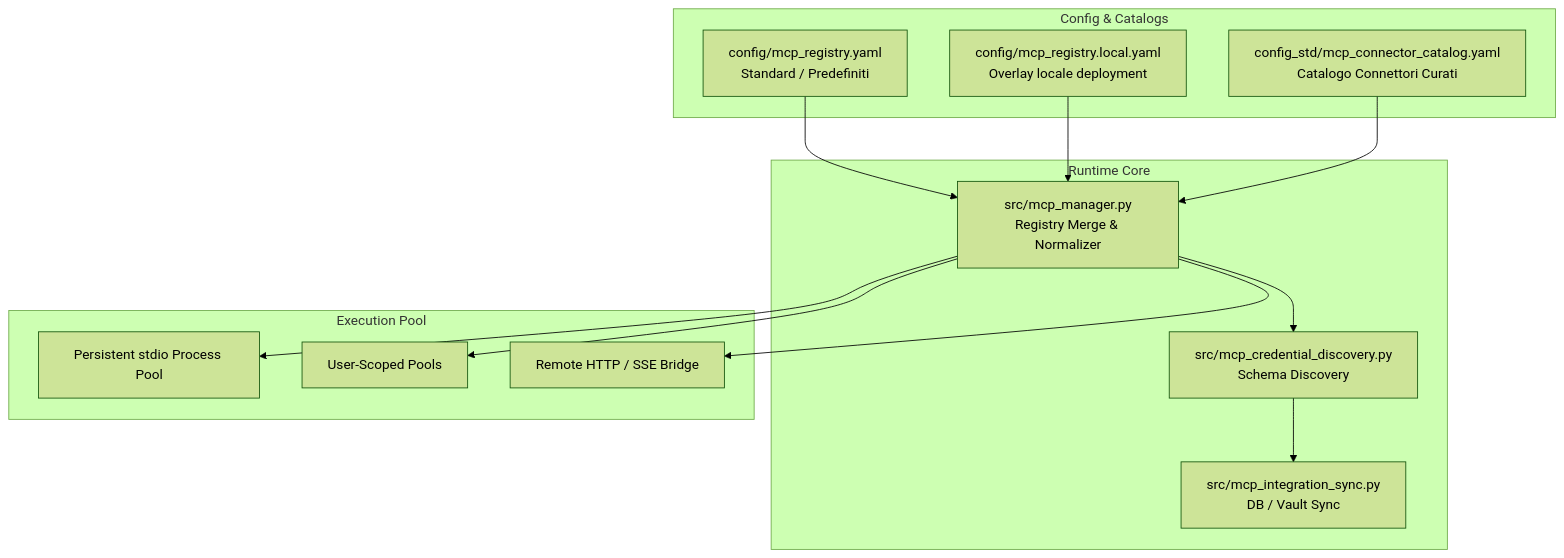
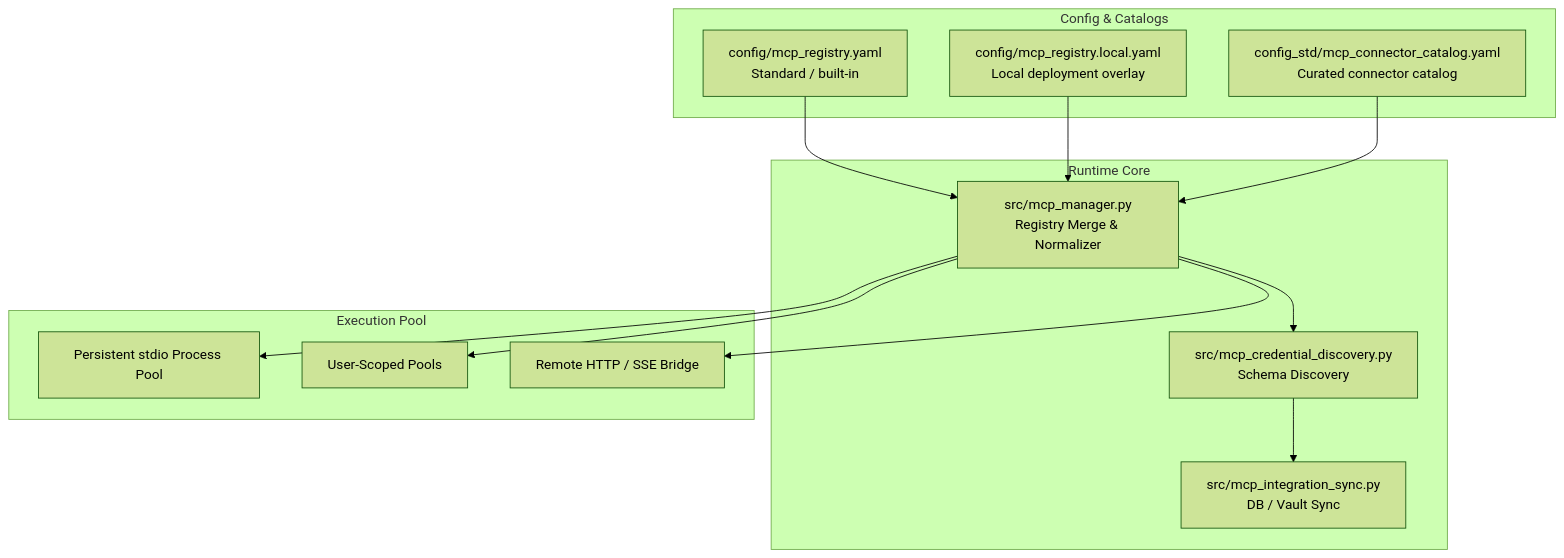
The first of 2 diagrams in docs/integrations/mcp.md (AION-by-ASA-Computer/AION_Agent), drawn with Mermaid (forest theme) before and after one commit. The commit also changed other lines of this file and 137 other files, not shown here.

````diff
--- a/docs/integrations/mcp.md
+++ b/docs/integrations/mcp.md
@@ -19,29 +26,29 @@
 ```mermaid
 graph TD
     subgraph Config & Catalogs
-        BASE[config/mcp_registry.yaml<br/>Standard / Predefiniti]
-        LOCAL[config/mcp_registry.local.yaml<br/>Overlay locale deployment]
-        CATALOG[config_std/mcp_connector_catalog.yaml<br/>Catalogo Connettori Curati]
+        BASE[config/mcp_registry.yaml<br/>Standard / built-in]
+        LOCAL[config/mcp_registry.local.yaml<br/>Local deployment overlay]
+        CATALOG[config_std/mcp_connector_catalog.yaml<br/>Curated connector catalog]
     end
     
     subgraph Runtime Core
         MERGE[src/mcp_manager.py<br/>Registry Merge & Normalizer]
         DISCOVERY[src/mcp_credential_discovery.py<br/>Schema Discovery]
         SYNC[src/mcp_integration_sync.py<br/>DB / Vault Sync]
     end
     
     subgraph Execution Pool
         STDIO_POOL[Persistent stdio Process Pool]
         USER_POOL[User-Scoped Pools]
         REMOTE_CLIENT[Remote HTTP / SSE Bridge]
     end
 
     BASE --> MERGE
     LOCAL --> MERGE
     CATALOG --> MERGE
     MERGE --> DISCOVERY
     DISCOVERY --> SYNC
     MERGE --> STDIO_POOL
     MERGE --> USER_POOL
     MERGE --> REMOTE_CLIENT
 ```
````
